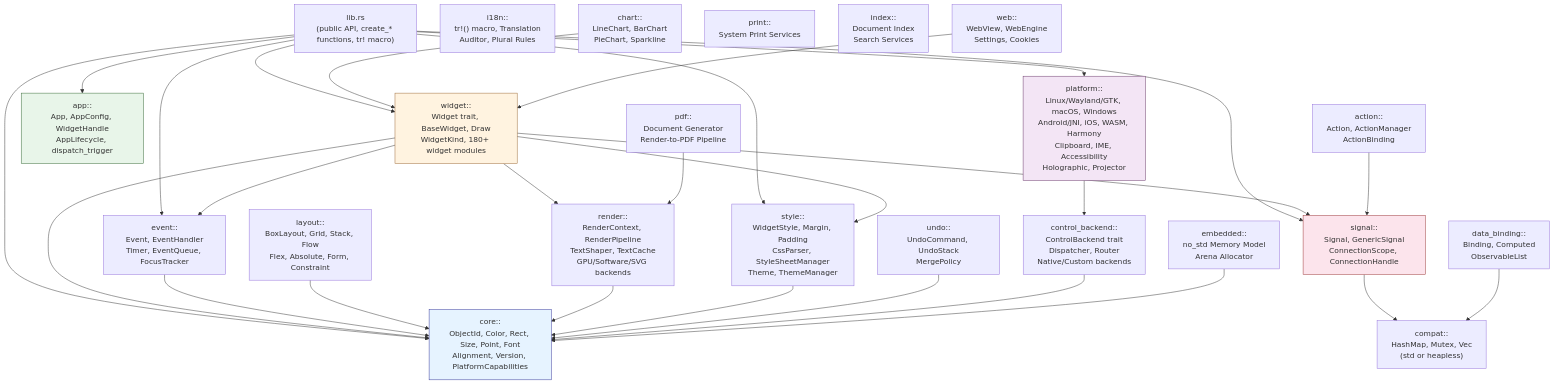
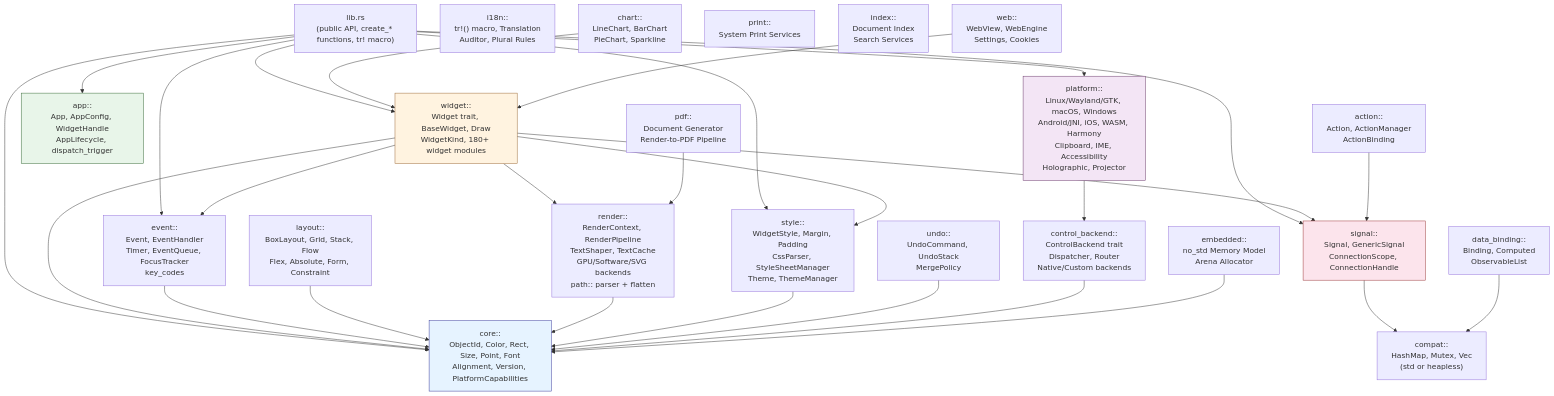
Before and after one commit to mikewolfli/rust-widgets: the second of 6 diagrams in cookbook/en/src/chapters/architecture.md, drawn with Mermaid. The commit also changed other lines of this file and 341 other files, not shown here.

````diff
--- a/cookbook/en/src/chapters/architecture.md
+++ b/cookbook/en/src/chapters/architecture.md
@@ -88,70 +88,70 @@
 ```mermaid
 graph TD
     LIB["lib.rs<br/>(public API, create_* functions, tr! macro)"]
     LIB --> CORE
     LIB --> WIDGET
     LIB --> APP
     LIB --> EVENT
     LIB --> SIGNAL
     LIB --> STYLE
     LIB --> PLATFORM
 
     CORE["core::<br/>ObjectId, Color, Rect, Size, Point, Font<br/>Alignment, Version, PlatformCapabilities"]
     WIDGET["widget::<br/>Widget trait, BaseWidget, Draw<br/>WidgetKind, 180+ widget modules"]
     APP["app::<br/>App, AppConfig, WidgetHandle<br/>AppLifecycle, dispatch_trigger"]
 
     WIDGET --> CORE
     WIDGET --> SIGNAL
     WIDGET --> STYLE
     WIDGET --> EVENT
     WIDGET --> RENDER[same render]
 
     SIGNAL["signal::<br/>Signal, GenericSignal<br/>ConnectionScope, ConnectionHandle"]
     SIGNAL --> COMPAT["compat::<br/>HashMap, Mutex, Vec<br/>(std or heapless)"]
 
-    EVENT["event::<br/>Event, EventHandler<br/>Timer, EventQueue, FocusTracker"]
+    EVENT["event::<br/>Event, EventHandler<br/>Timer, EventQueue, FocusTracker<br/>key_codes"]
     EVENT --> CORE
 
     LAYOUT["layout::<br/>BoxLayout, Grid, Stack, Flow<br/>Flex, Absolute, Form, Constraint"]
     LAYOUT --> CORE
 
-    RENDER["render::<br/>RenderContext, RenderPipeline<br/>TextShaper, TextCache<br/>GPU/Software/SVG backends"]
+    RENDER["render::<br/>RenderContext, RenderPipeline<br/>TextShaper, TextCache<br/>GPU/Software/SVG backends<br/>path:: parser + flatten"]
     RENDER --> CORE
 
     STYLE["style::<br/>WidgetStyle, Margin, Padding<br/>CssParser, StyleSheetManager<br/>Theme, ThemeManager"]
     STYLE --> CORE
 
     DATA_BINDING["data_binding::<br/>Binding, Computed<br/>ObservableList"]
     DATA_BINDING --> COMPAT
 
     ACTION["action::<br/>Action, ActionManager<br/>ActionBinding"]
     ACTION --> SIGNAL
 
     UNDO["undo::<br/>UndoCommand, UndoStack<br/>MergePolicy"]
     UNDO --> CORE
 
     CTRL_BACKEND["control_backend::<br/>ControlBackend trait<br/>Dispatcher, Router<br/>Native/Custom backends"]
     CTRL_BACKEND --> CORE
 
     PLATFORM["platform::<br/>Linux/Wayland/GTK, macOS, Windows<br/>Android/JNI, iOS, WASM, Harmony<br/>Clipboard, IME, Accessibility<br/>Holographic, Projector"]
     PLATFORM --> CTRL_BACKEND
 
     I18N["i18n::<br/>tr!() macro, Translation<br/>Auditor, Plural Rules"]
     CHART["chart::<br/>LineChart, BarChart<br/>PieChart, Sparkline"]
     PDF["pdf::<br/>Document Generator<br/>Render-to-PDF Pipeline"]
     PRINT["print::<br/>System Print Services"]
     INDEX["index::<br/>Document Index<br/>Search Services"]
     WEB["web::<br/>WebView, WebEngine<br/>Settings, Cookies"]
     EMBEDDED["embedded::<br/>no_std Memory Model<br/>Arena Allocator"]
 
     CHART --> WIDGET
     PDF --> RENDER
     WEB --> WIDGET
     EMBEDDED --> CORE
 
     style CORE fill:#e6f3ff,stroke:#339
     style WIDGET fill:#fff3e0,stroke:#963
     style APP fill:#e8f5e9,stroke:#363
     style SIGNAL fill:#fce4ec,stroke:#933
     style PLATFORM fill:#f3e5f5,stroke:#636
 ```
````
